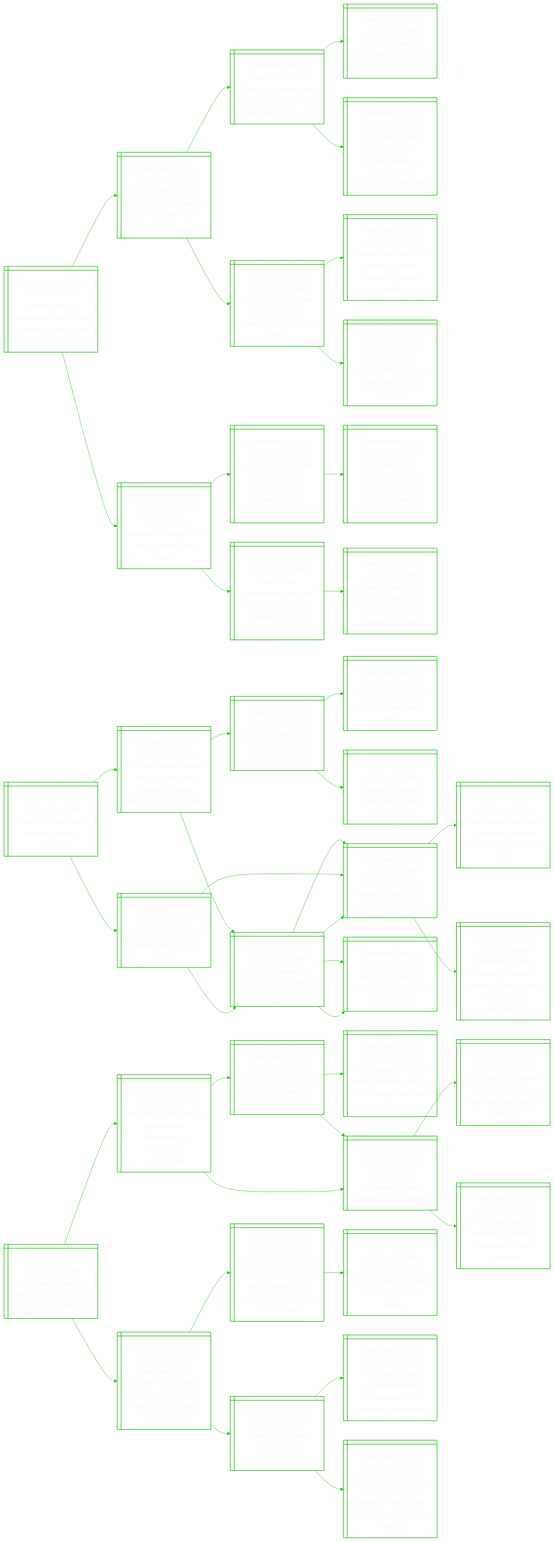
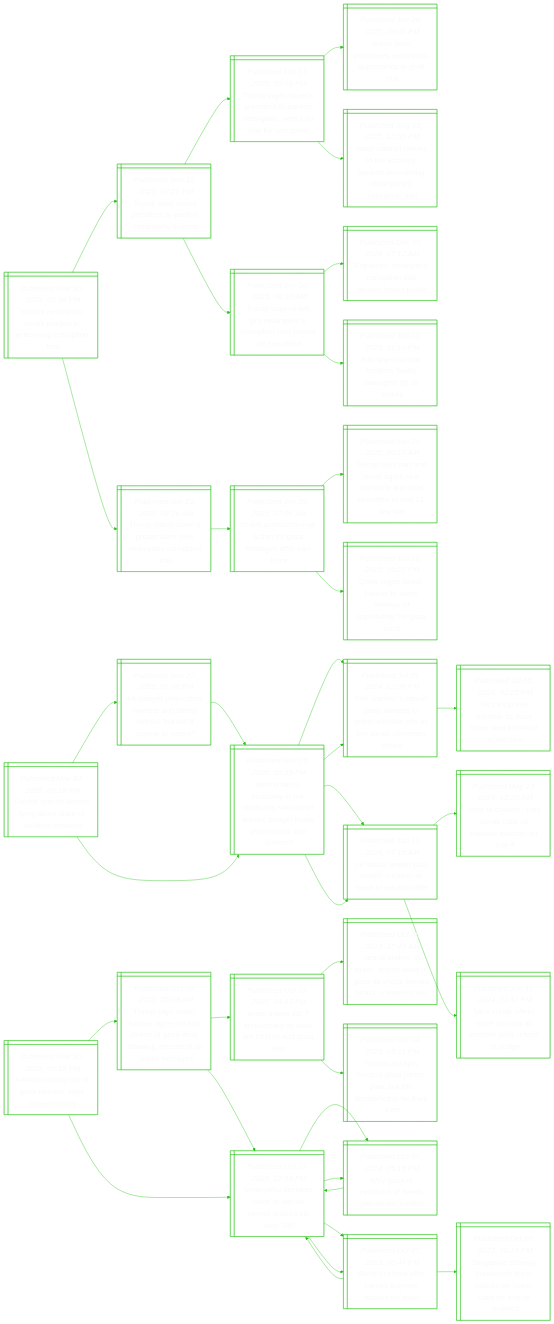
One commit to notJmes/notJmes changed the diagram in README.md. Above: the diagram before and after it, drawn with Mermaid. The commit also changed other lines of this file, not shown here.

````diff
--- a/README.md
+++ b/README.md
@@ -16,133 +16,118 @@
 flowchart LR
 classDef txtsize font-size:20px;
 
-Svnuycctfpc@{ shape: win-pane, label: "_Published Nov 30, 2025, 03:45 PM_
-Swiss vote on compulsory civic duty, climate tax for super-rich" }
-Svslepsxsro@{ shape: win-pane, label: "_Published Oct 15, 2025, 05:35 PM_
-Swiss voters likely to reject proposed tax of 50% on super rich: poll" }
-Fhawnlnve@{ shape: win-pane, label: "_Published Oct 04, 2025, 08:46 PM_
-French pm plans new tax on people earning over $380,000 a year" }
-FePeiiirte@{ shape: win-pane, label: "_Published Sep 10, 2025, 09:07 PM_
-France’s new pm takes office amid anti-government protests" }
-Waninrentpcduts@{ shape: win-pane, label: "_Published Sep 14, 2025, 08:50 PM_
-Why france’s new prime minister backed down on cutting public holidays but little else" }
-Cmtttcoevei@{ shape: win-pane, label: "_Published Oct 15, 2024, 09:16 AM_
-China moves to tax the ultra-rich for overseas investment gains" }
-CmiinooCnr@{ shape: win-pane, label: "_Published Oct 15, 2024, 08:32 AM_
-China may raise $1.1 trillion to boost economy, caixin reports" }
-Citxboemted@{ shape: win-pane, label: "_Published Oct 11, 2024, 08:48 AM_
-China investors expect $369 billion of new stimulus this weekend" }
-Sedijndmto@{ shape: win-pane, label: "_Published Aug 19, 2025, 10:26 PM_
-Switzerland considers joining uk’s ‘dirty money’ task force" }
-Lysemlecaooioui@{ shape: win-pane, label: "_Published Aug 12, 2025, 04:44 PM_
-Luxury items seized in $3b money laundering case handed over to deloitte for liquidation" }
-Wehdrinaiydgige@{ shape: win-pane, label: "_Published Aug 18, 2023, 05:00 AM_
-Who are the 10 charged after the billion-dollar anti-money laundering raid in singapore?" }
-bydgSjnaiorin@{ shape: win-pane, label: "_Published Aug 06, 2025, 07:35 PM_
-$3b money laundering case: su haijin, wang dehai stripped of cypriot citizenship" }
-GnpPfeaenenr@{ shape: win-pane, label: "_Published Aug 18, 2023, 08:30 PM_
-‘golden passport’: a plan b for the rich, a rear exit and safe haven for crooks" }
+Ilausoeorii@{ shape: win-pane, label: "_Published Nov 30, 2025, 06:34 PM_
+Israel’s netanyahu seeks pardon in years-long corruption trial" }
+Tasiitdthe@{ shape: win-pane, label: "_Published Nov 12, 2025, 07:21 PM_
+Trump asks israeli president to pardon netanyahu in letter" }
+TuIlstreaororo@{ shape: win-pane, label: "_Published Oct 13, 2025, 09:09 PM_
+Trump urges israel’s president to pardon netanyahu, who’s on trial for corruption" }
+Ilrtsnarifa@{ shape: win-pane, label: "_Published Jun 29, 2025, 09:03 PM_
+Israeli court postpones netanyahu appearance in graft trial" }
+Ilnvfteeveeaotr@{ shape: win-pane, label: "_Published Aug 05, 2025, 12:55 PM_
+Israel cabinet moves to fire attorney-general overseeing netanyahu’s corruption trial" }
+Tssithriioee@{ shape: win-pane, label: "_Published Jun 26, 2025, 08:10 AM_
+Trump says israeli pm netanyahu’s corruption trial should be cancelled" }
+EieariivIll@{ shape: win-pane, label: "_Published Dec 10, 2024, 07:12 AM_
+Explainer: netanyahu corruption trial divides israeli public" }
+IacfibdeSk@{ shape: win-pane, label: "_Published Jun 25, 2025, 11:10 PM_
+Iran says nuclear facilities ‘badly damaged’ by us strikes" }
+TsIlsoeauunl@{ shape: win-pane, label: "_Published Jun 29, 2025, 08:26 AM_
+Trump slams israel’s prosecutors over netanyahu corruption trial" }
+IltreoGoeene@{ shape: win-pane, label: "_Published Jun 29, 2025, 07:05 AM_
+Israeli protesters urge action for gaza hostages after iran truce" }
+Tsrdeecedletdr@{ shape: win-pane, label: "_Published Jun 24, 2025, 06:17 AM_
+Trump says iran and israel agree to a ‘complete and total’ ceasefire to end 12-day war" }
+QuIlsinfrtGr@{ shape: win-pane, label: "_Published Jun 28, 2025, 05:23 PM_
+Qatar urges israel, hamas to seize ‘window of opportunity’ for gaza truce" }
 
-Svnuycctfpc:::txtsize --> Svslepsxsro:::txtsize
-Svslepsxsro:::txtsize --> Fhawnlnve:::txtsize
-Fhawnlnve:::txtsize --> FePeiiirte:::txtsize
-Fhawnlnve:::txtsize --> Waninrentpcduts:::txtsize
-Svslepsxsro:::txtsize --> Cmtttcoevei:::txtsize
-Cmtttcoevei:::txtsize --> CmiinooCnr:::txtsize
-Cmtttcoevei:::txtsize --> Citxboemted:::txtsize
-Svnuycctfpc:::txtsize --> Sedijndmto:::txtsize
-Sedijndmto:::txtsize --> Lysemlecaooioui:::txtsize
-Lysemlecaooioui:::txtsize --> Wehdrinaiydgige:::txtsize
-Sedijndmto:::txtsize --> bydgSjnaiorin:::txtsize
-bydgSjnaiorin:::txtsize --> GnpPfeaenenr:::txtsize
+Ilausoeorii:::txtsize --> Tasiitdthe:::txtsize
+Tasiitdthe:::txtsize --> TuIlstreaororo:::txtsize
+TuIlstreaororo:::txtsize --> Ilrtsnarifa:::txtsize
+TuIlstreaororo:::txtsize --> Ilnvfteeveeaotr:::txtsize
+Tasiitdthe:::txtsize --> Tssithriioee:::txtsize
+Tssithriioee:::txtsize --> EieariivIll:::txtsize
+Tssithriioee:::txtsize --> IacfibdeSk:::txtsize
+Ilausoeorii:::txtsize --> TsIlsoeauunl:::txtsize
+TsIlsoeauunl:::txtsize --> IltreoGoeene:::txtsize
+IltreoGoeene:::txtsize --> Tsrdeecedletdr:::txtsize
+IltreoGoeene:::txtsize --> QuIlsinfrtGr:::txtsize
 
-Firtiglc@{ shape: win-pane, label: "_Published Nov 30, 2025, 03:15 PM_
-Four die in iran after drinking bootleg alcohol" }
-Asepesfrntllsa@{ shape: win-pane, label: "_Published Sep 26, 2025, 05:02 PM_
-At least seven people die in russia after drinking bootleg alcohol, ministry says" }
-Cmeeukpee@{ shape: win-pane, label: "_Published Jun 07, 2023, 05:05 AM_
-Contaminated cider in russia kills 29 people, sickens 61" }
-Taolriah@{ shape: win-pane, label: "_Published Dec 17, 2022, 03:15 PM_
-Toxic alcohol kills 37 in 'dry' indian state bihar" }
-Asddtigch@{ shape: win-pane, label: "_Published Jul 28, 2022, 02:57 PM_
-At least 42 dead in india after drinking toxic alcohol" }
-Jwsneetdoao@{ shape: win-pane, label: "_Published Feb 21, 2025, 03:29 PM_
-‘just two glasses’: in turkey, lives shattered by bootleg alcohol" }
-Iblmtcrtdu@{ shape: win-pane, label: "_Published Jan 15, 2025, 11:15 PM_
-Istanbul toll from tainted alcohol rises to 19 dead in 48 hours" }
-Wgeyksiagn@{ shape: win-pane, label: "_Published Dec 31, 2024, 11:00 AM_
-Why high-intensity drinking is riskier than binge drinking" }
-Tyhfoghs@{ shape: win-pane, label: "_Published Feb 26, 2025, 11:38 PM_
-Turkey death toll from bootleg alcohol rises to 152" }
-Iblmtcrtdu@{ shape: win-pane, label: "_Published Jan 15, 2025, 11:15 PM_
-Istanbul toll from tainted alcohol rises to 19 dead in 48 hours" }
-Fotascadhina@{ shape: win-pane, label: "_Published Nov 21, 2024, 01:23 PM_
-Four tourists die after suspected tainted alcohol poisoning in laos" }
-tsediiaoaaeosg@{ shape: win-pane, label: "_Published Nov 22, 2024, 06:40 AM_
-6 tourists die from drinking tainted alcohol in laos: what is methanol poisoning?" }
-Jwsneetdoao@{ shape: win-pane, label: "_Published Feb 21, 2025, 03:29 PM_
-‘just two glasses’: in turkey, lives shattered by bootleg alcohol" }
-Iblmtcrtdu@{ shape: win-pane, label: "_Published Jan 15, 2025, 11:15 PM_
-Istanbul toll from tainted alcohol rises to 19 dead in 48 hours" }
-Wgeyksiagn@{ shape: win-pane, label: "_Published Dec 31, 2024, 11:00 AM_
-Why high-intensity drinking is riskier than binge drinking" }
+RleiioaBins@{ shape: win-pane, label: "_Published Nov 30, 2025, 06:18 PM_
+Rachel reeves denies lying about state of britain’s finances" }
+Ugamknoilialt@{ shape: win-pane, label: "_Published Nov 27, 2025, 06:00 PM_
+Uk budget plan calms markets and labour faithful, but will it appeal to voters?" }
+WrnnnomlevdiyLro@{ shape: win-pane, label: "_Published Nov 25, 2025, 05:55 PM_
+With britain’s economy in the doldrums, will rachel reeves’ budget finally show labour can govern?" }
+Ktroreoiensnnsa@{ shape: win-pane, label: "_Published Jul 05, 2024, 12:05 PM_
+Keir starmer’s labour party sweeps to british election win as pm sunak concedes defeat" }
+Uoauaroeftf@{ shape: win-pane, label: "_Published Jun 13, 2024, 07:15 AM_
+Uk labour leader puts wealth creation at heart of election offer" }
+WrnnnomlevdiyLro@{ shape: win-pane, label: "_Published Nov 25, 2025, 05:55 PM_
+With britain’s economy in the doldrums, will rachel reeves’ budget finally show labour can govern?" }
+Ktroreoiensnnsa@{ shape: win-pane, label: "_Published Jul 05, 2024, 12:05 PM_
+Keir starmer’s labour party sweeps to british election win as pm sunak concedes defeat" }
+Upmtzsstoei@{ shape: win-pane, label: "_Published Jul 05, 2024, 02:25 PM_
+Uk’s ex-prime minister liz truss loses seat to labour in election" }
+Uoauaroeftf@{ shape: win-pane, label: "_Published Jun 13, 2024, 07:15 AM_
+Uk labour leader puts wealth creation at heart of election offer" }
+Toshalaacfl@{ shape: win-pane, label: "_Published May 23, 2024, 12:20 AM_
+‘time to choose’: rishi sunak calls uk national election for july 4" }
+Unfoxacpred@{ shape: win-pane, label: "_Published Jun 11, 2024, 11:11 PM_
+Uk’s sunak offers more tax cuts as election polls refuse to budge" }
 
-Firtiglc:::txtsize --> Asepesfrntllsa:::txtsize
-Asepesfrntllsa:::txtsize --> Cmeeukpee:::txtsize
-Cmeeukpee:::txtsize --> Taolriah:::txtsize
-Cmeeukpee:::txtsize --> Asddtigch:::txtsize
-Asepesfrntllsa:::txtsize --> Jwsneetdoao:::txtsize
-Jwsneetdoao:::txtsize --> Iblmtcrtdu:::txtsize
-Jwsneetdoao:::txtsize --> Wgeyksiagn:::txtsize
-Firtiglc:::txtsize --> Tyhfoghs:::txtsize
-Tyhfoghs:::txtsize --> Iblmtcrtdu:::txtsize
-Iblmtcrtdu:::txtsize --> Fotascadhina:::txtsize
-Iblmtcrtdu:::txtsize --> tsediiaoaaeosg:::txtsize
-Tyhfoghs:::txtsize --> Jwsneetdoao:::txtsize
-Jwsneetdoao:::txtsize --> Iblmtcrtdu:::txtsize
-Jwsneetdoao:::txtsize --> Wgeyksiagn:::txtsize
+RleiioaBins:::txtsize --> Ugamknoilialt:::txtsize
+Ugamknoilialt:::txtsize --> WrnnnomlevdiyLro:::txtsize
+WrnnnomlevdiyLro:::txtsize --> Ktroreoiensnnsa:::txtsize
+WrnnnomlevdiyLro:::txtsize --> Uoauaroeftf:::txtsize
+RleiioaBins:::txtsize --> WrnnnomlevdiyLro:::txtsize
+WrnnnomlevdiyLro:::txtsize --> Ktroreoiensnnsa:::txtsize
+Ktroreoiensnnsa:::txtsize --> Upmtzsstoei:::txtsize
+WrnnnomlevdiyLro:::txtsize --> Uoauaroeftf:::txtsize
+Uoauaroeftf:::txtsize --> Toshalaacfl:::txtsize
+Uoauaroeftf:::txtsize --> Unfoxacpred:::txtsize
 
-Fetohfyeiii@{ shape: win-pane, label: "_Published Nov 30, 2025, 01:19 PM_
-Four dead after 14 people shot at family gathering in california" }
-Asdndrtaspii@{ shape: win-pane, label: "_Published Oct 12, 2025, 05:58 PM_
-At least 1 dead and 3 injured after shootings at mississippi universities" }
-Asddweissi@{ shape: win-pane, label: "_Published Oct 11, 2025, 11:16 PM_
-At least 4 dead and a dozen wounded in mississippi shooting" }
-Fiieeoariamu@{ shape: win-pane, label: "_Published Sep 29, 2025, 12:52 AM_
-Four killed, 8 injured after shooting and fire at michigan mormon church" }
-Odweadaog@{ shape: win-pane, label: "_Published Oct 06, 2025, 07:20 AM_
-Over a dozen wounded in rare sydney mass shooting" }
-Odweadaog@{ shape: win-pane, label: "_Published Oct 06, 2025, 07:20 AM_
-Over a dozen wounded in rare sydney mass shooting" }
-Aaordromtlig@{ shape: win-pane, label: "_Published Sep 06, 2025, 08:50 AM_
-Australia posts $840k reward for arrest of gunman after police killings" }
-Tlfrnkdntrsi@{ shape: win-pane, label: "_Published Dec 13, 2022, 06:10 AM_
-Two police officers among six killed in gunfight in rural australia" }
-Tlnunttaiifutfd@{ shape: win-pane, label: "_Published Sep 24, 2025, 09:02 PM_
-Two killed, one injured in shooting at dallas immigration office; suspect also found dead" }
-TahesegnipdoUstt@{ shape: win-pane, label: "_Published Sep 11, 2025, 03:07 AM_
-Trump ally charlie kirk shot dead; right-wing activist played key role in us president’s 2024 victory" }
-VsaKsirayce@{ shape: win-pane, label: "_Published Sep 11, 2025, 08:59 AM_
-Videos of charlie kirk’s shooting spread rapidly on social media" }
-WsfwTttt@{ shape: win-pane, label: "_Published Sep 23, 2025, 06:21 AM_
-What is antifa and why is trump targeting it?" }
-Tdnaatfearsat@{ shape: win-pane, label: "_Published Sep 18, 2025, 08:52 AM_
-Trump designates anti-fascist antifa movement as a terrorist organisation" }
-WHrecerlalaerswn@{ shape: win-pane, label: "_Published Sep 18, 2025, 05:55 AM_
-White house readies executive order on political violence as liberal groups sound warning" }
+kdnoaeyair@{ shape: win-pane, label: "_Published Nov 30, 2025, 06:15 PM_
+4 killed coming out of gaza tunnels, says israeli military" }
+TssHaossaaorslaoe@{ shape: win-pane, label: "_Published Oct 09, 2025, 05:09 AM_
+Trump says israel, hamas agree on first phase of gaza deal, allowing release of all israeli hostages" }
+Ilsnrakhoar@{ shape: win-pane, label: "_Published Oct 07, 2025, 04:43 PM_
+Israel marks oct 7 anniversary as talks are held to end gaza war" }
+Sbsrcdnacaale@{ shape: win-pane, label: "_Published Oct 08, 2023, 12:45 AM_
+‘sea of bodies’ in israel, scores dead in gaza as shock hamas attack unleashes war" }
+Hatmzcnhodro@{ shape: win-pane, label: "_Published Oct 04, 2025, 05:11 PM_
+Hamas accepts trump’s gaza peace plan, but the bloodshed is far from over" }
+NyeeawHakl@{ shape: win-pane, label: "_Published Oct 07, 2023, 12:04 PM_
+Netanyahu declares israel at war as hamas attacks kill over 100" }
+WzptIleint@{ shape: win-pane, label: "_Published Oct 07, 2023, 05:15 PM_
+Why gaza is epicentre of israeli-palestinian conflict" }
+Wiceapaks@{ shape: win-pane, label: "_Published Oct 07, 2023, 06:44 PM_
+World in shock after hamas surprise attacks on israel" }
+NyeeawHakl@{ shape: win-pane, label: "_Published Oct 07, 2023, 12:04 PM_
+Netanyahu declares israel at war as hamas attacks kill over 100" }
+WzptIleint@{ shape: win-pane, label: "_Published Oct 07, 2023, 05:15 PM_
+Why gaza is epicentre of israeli-palestinian conflict" }
+NyeeawHakl@{ shape: win-pane, label: "_Published Oct 07, 2023, 12:04 PM_
+Netanyahu declares israel at war as hamas attacks kill over 100" }
+Wiceapaks@{ shape: win-pane, label: "_Published Oct 07, 2023, 06:44 PM_
+World in shock after hamas surprise attacks on israel" }
+NyeeawHakl@{ shape: win-pane, label: "_Published Oct 07, 2023, 12:04 PM_
+Netanyahu declares israel at war as hamas attacks kill over 100" }
+SptldtrcIlsnic@{ shape: win-pane, label: "_Published Oct 07, 2023, 10:24 PM_
+Singapore strongly condemns terror attacks on israel, calls for end to violence" }
 
-Fetohfyeiii:::txtsize --> Asdndrtaspii:::txtsize
-Asdndrtaspii:::txtsize --> Asddweissi:::txtsize
-Asddweissi:::txtsize --> Fiieeoariamu:::txtsize
-Asddweissi:::txtsize --> Odweadaog:::txtsize
-Asdndrtaspii:::txtsize --> Odweadaog:::txtsize
-Odweadaog:::txtsize --> Aaordromtlig:::txtsize
-Odweadaog:::txtsize --> Tlfrnkdntrsi:::txtsize
-Fetohfyeiii:::txtsize --> Tlnunttaiifutfd:::txtsize
-Tlnunttaiifutfd:::txtsize --> TahesegnipdoUstt:::txtsize
-TahesegnipdoUstt:::txtsize --> VsaKsirayce:::txtsize
-Tlnunttaiifutfd:::txtsize --> WsfwTttt:::txtsize
-WsfwTttt:::txtsize --> Tdnaatfearsat:::txtsize
-WsfwTttt:::txtsize --> WHrecerlalaerswn:::txtsize
+kdnoaeyair:::txtsize --> TssHaossaaorslaoe:::txtsize
+TssHaossaaorslaoe:::txtsize --> Ilsnrakhoar:::txtsize
+Ilsnrakhoar:::txtsize --> Sbsrcdnacaale:::txtsize
+Ilsnrakhoar:::txtsize --> Hatmzcnhodro:::txtsize
+TssHaossaaorslaoe:::txtsize --> NyeeawHakl:::txtsize
+NyeeawHakl:::txtsize --> WzptIleint:::txtsize
+NyeeawHakl:::txtsize --> Wiceapaks:::txtsize
+kdnoaeyair:::txtsize --> NyeeawHakl:::txtsize
+NyeeawHakl:::txtsize --> WzptIleint:::txtsize
+WzptIleint:::txtsize --> NyeeawHakl:::txtsize
+NyeeawHakl:::txtsize --> Wiceapaks:::txtsize
+Wiceapaks:::txtsize --> NyeeawHakl:::txtsize
+Wiceapaks:::txtsize --> SptldtrcIlsnic:::txtsize
 
 ```
````
